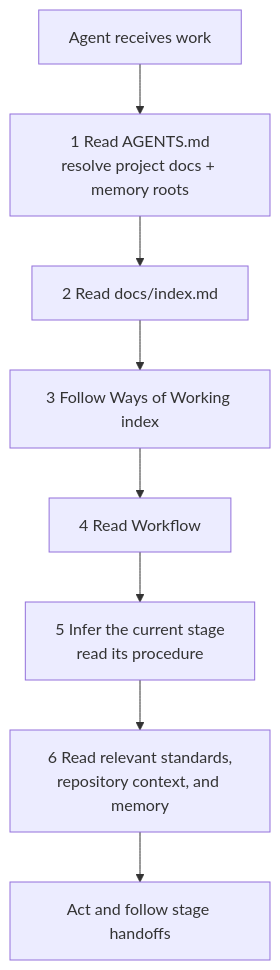
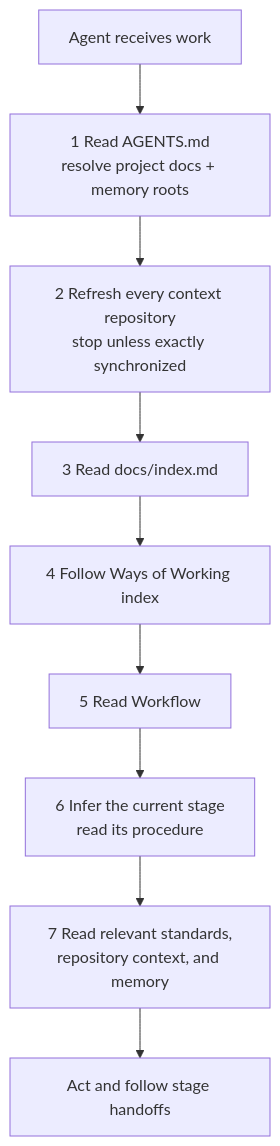
Before and after one commit to MSXOrg/docs: the diagram in src/docs/Ways-of-Working/Agentic-Development.md, drawn with Mermaid. The commit also changed other lines of this file and 3 other files, not shown here.

````diff
--- a/src/docs/Ways-of-Working/Agentic-Development.md
+++ b/src/docs/Ways-of-Working/Agentic-Development.md
@@ -31,10 +31,11 @@
 ```mermaid
 flowchart TD
   task["Agent receives work"] --> pointer["1 Read AGENTS.md<br/>resolve project docs + memory roots"]
-  pointer --> root["2 Read docs/index.md"]
-  root --> ways["3 Follow Ways of Working index"]
-  ways --> workflow["4 Read Workflow"]
-  workflow --> stage["5 Infer the current stage<br/>read its procedure"]
-  stage --> context["6 Read relevant standards,<br/>repository context, and memory"]
+  pointer --> refresh["2 Refresh every context repository<br/>stop unless exactly synchronized"]
+  refresh --> root["3 Read docs/index.md"]
+  root --> ways["4 Follow Ways of Working index"]
+  ways --> workflow["5 Read Workflow"]
+  workflow --> stage["6 Infer the current stage<br/>read its procedure"]
+  stage --> context["7 Read relevant standards,<br/>repository context, and memory"]
   context --> work["Act and follow stage handoffs"]
 ```
````
